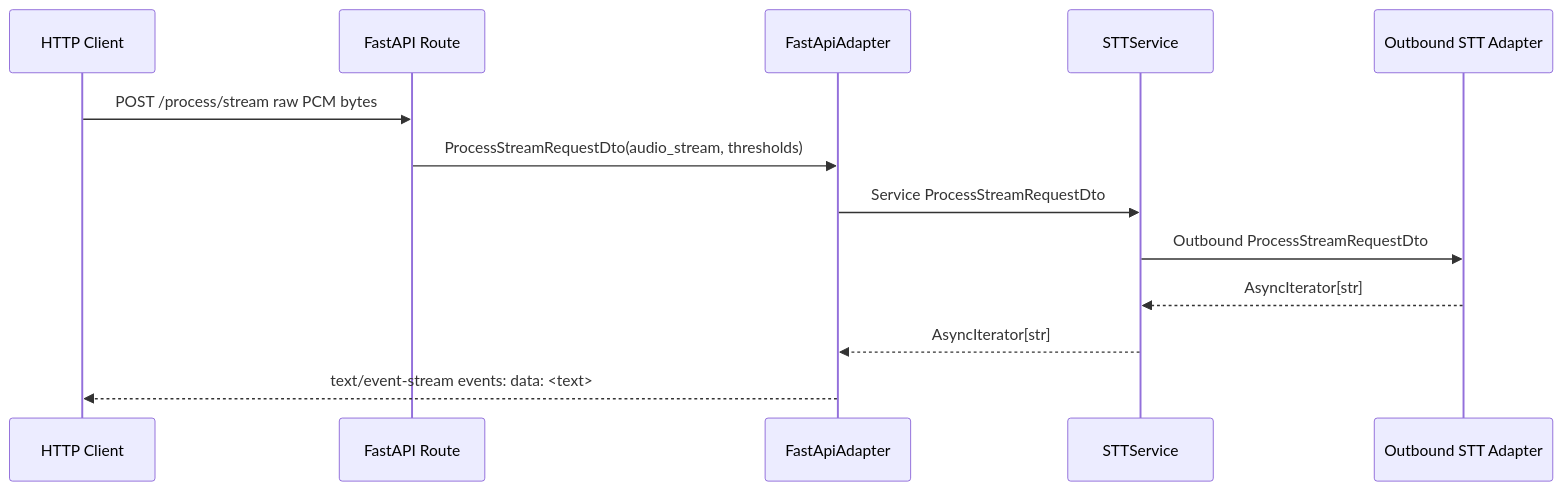
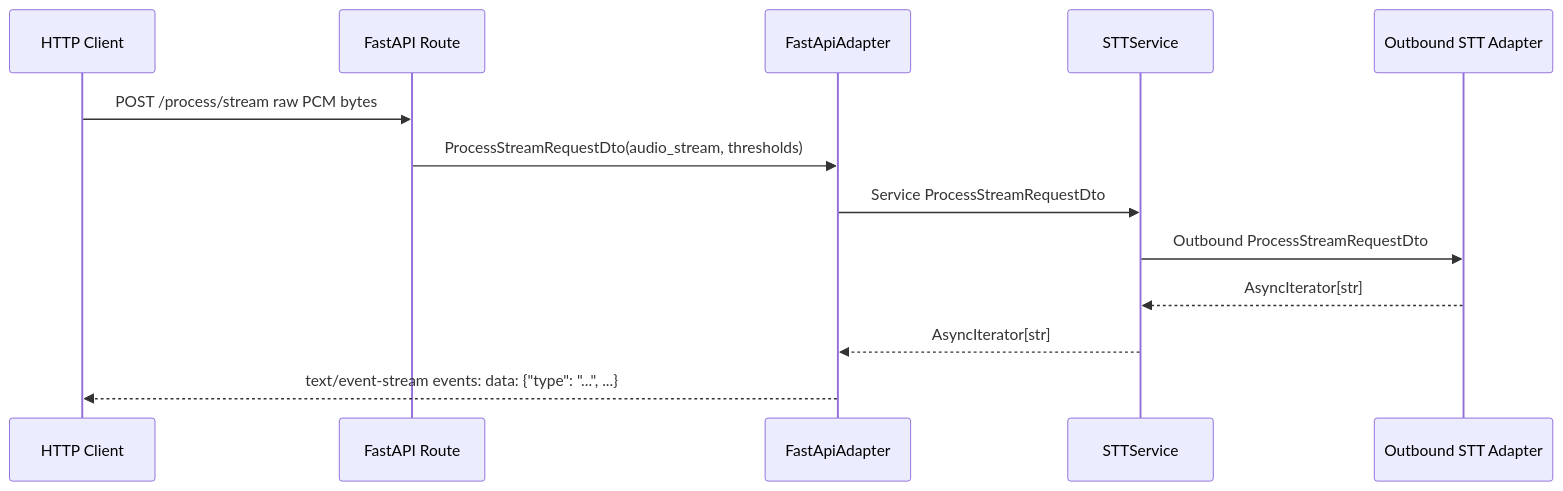
One commit to DanielCalvo-Calvicia/stt_microservice changed the third of 6 diagrams in README.md. Above: the diagram before and after it, drawn with Mermaid. The commit also changed other lines of this file and 20 other files, not shown here.

````diff
--- a/README.md
+++ b/README.md
@@ -168,16 +168,16 @@
 ```mermaid
 sequenceDiagram
     participant C as HTTP Client
     participant F as FastAPI Route
     participant I as FastApiAdapter
     participant S as STTService
     participant O as Outbound STT Adapter
 
     C->>F: POST /process/stream raw PCM bytes
     F->>I: ProcessStreamRequestDto(audio_stream, thresholds)
     I->>S: Service ProcessStreamRequestDto
     S->>O: Outbound ProcessStreamRequestDto
     O-->>S: AsyncIterator[str]
     S-->>I: AsyncIterator[str]
-    I-->>C: text/event-stream events: data: <text>
+    I-->>C: text/event-stream events: data: {"type": "...", ...}
 ```
````
